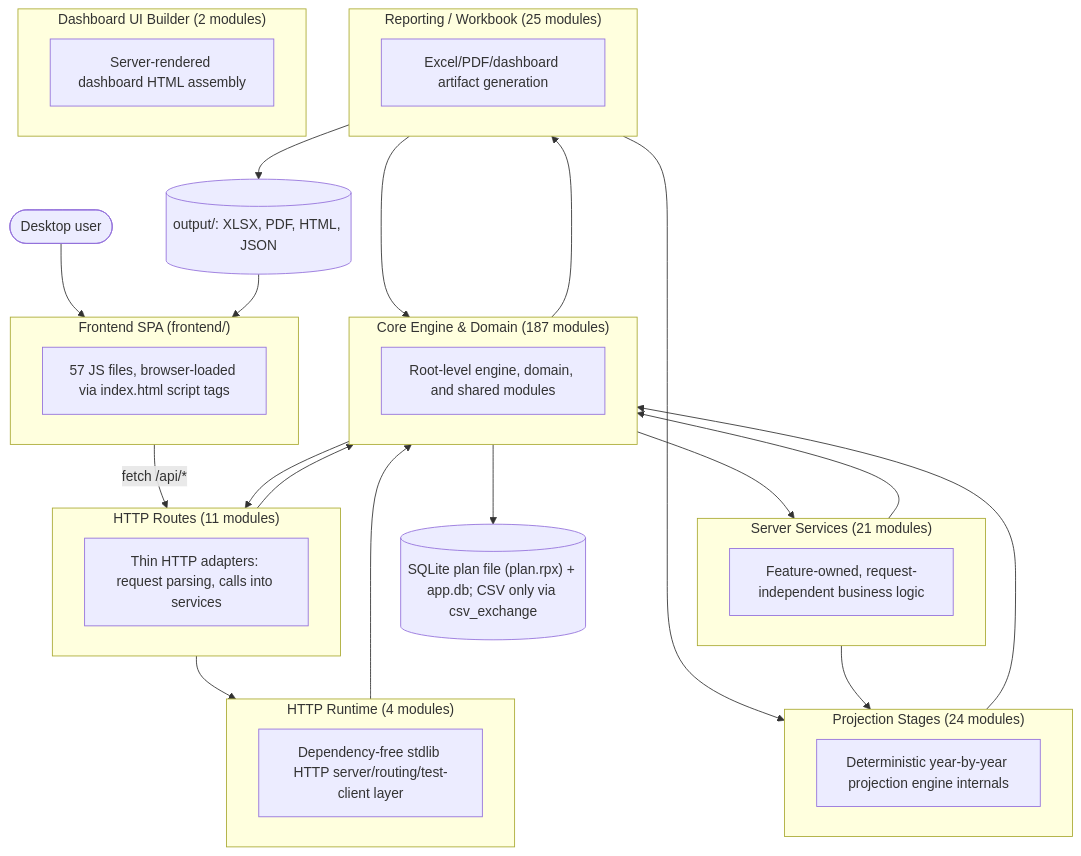
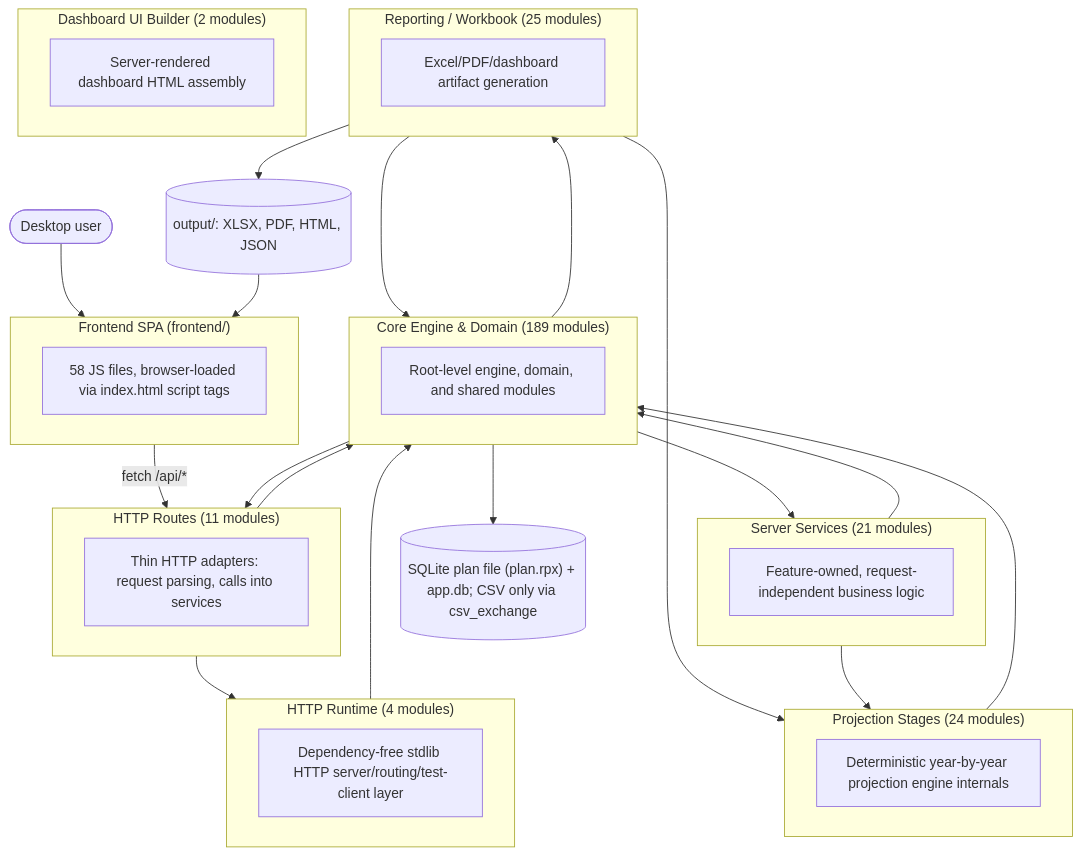
Before and after one commit to matthartzman/retirement_system: the first of 2 diagrams in documentation/reference/SYSTEM_ARCHITECTURE_DIAGRAM.md, drawn with Mermaid. The commit also changed other lines of this file and 15 other files, not shown here.

````diff
--- a/documentation/reference/SYSTEM_ARCHITECTURE_DIAGRAM.md
+++ b/documentation/reference/SYSTEM_ARCHITECTURE_DIAGRAM.md
@@ -11,43 +11,43 @@
 ```mermaid
 flowchart TB
     User(["Desktop user"]) --> FE
     subgraph FE["Frontend SPA (frontend/)"]
-        FEcount["57 JS files, browser-loaded via index.html script tags"]
+        FEcount["58 JS files, browser-loaded via index.html script tags"]
     end
     FE -->|fetch /api/*| L_HTTP_Routes
     subgraph L_HTTP_Routes["HTTP Routes (11 modules)"]
         L_HTTP_Routes_d["Thin HTTP adapters: request parsing, calls into services"]
     end
     subgraph L_Server_Services["Server Services (21 modules)"]
         L_Server_Services_d["Feature-owned, request-independent business logic"]
     end
     subgraph L_HTTP_Runtime["HTTP Runtime (4 modules)"]
         L_HTTP_Runtime_d["Dependency-free stdlib HTTP server/routing/test-client layer"]
     end
-    subgraph L_Core_Engine___Domain["Core Engine & Domain (187 modules)"]
+    subgraph L_Core_Engine___Domain["Core Engine & Domain (189 modules)"]
         L_Core_Engine___Domain_d["Root-level engine, domain, and shared modules"]
     end
     subgraph L_Projection_Stages["Projection Stages (24 modules)"]
         L_Projection_Stages_d["Deterministic year-by-year projection engine internals"]
     end
     subgraph L_Reporting___Workbook["Reporting / Workbook (25 modules)"]
         L_Reporting___Workbook_d["Excel/PDF/dashboard artifact generation"]
     end
     subgraph L_Dashboard_UI_Builder["Dashboard UI Builder (2 modules)"]
         L_Dashboard_UI_Builder_d["Server-rendered dashboard HTML assembly"]
     end
     L_Core_Engine___Domain --> L_HTTP_Routes
     L_Core_Engine___Domain --> L_Reporting___Workbook
     L_Core_Engine___Domain --> L_Server_Services
     L_HTTP_Routes --> L_Core_Engine___Domain
     L_HTTP_Routes --> L_HTTP_Runtime
     L_HTTP_Runtime --> L_Core_Engine___Domain
     L_Projection_Stages --> L_Core_Engine___Domain
     L_Reporting___Workbook --> L_Core_Engine___Domain
     L_Reporting___Workbook --> L_Projection_Stages
     L_Server_Services --> L_Core_Engine___Domain
     L_Server_Services --> L_Projection_Stages
     L_Core_Engine___Domain --> DB[("SQLite plan file (plan.rpx) + app.db; CSV only via csv_exchange")]
     L_Reporting___Workbook --> Outputs[("output/: XLSX, PDF, HTML, JSON")]
     Outputs --> FE
 ```
````
